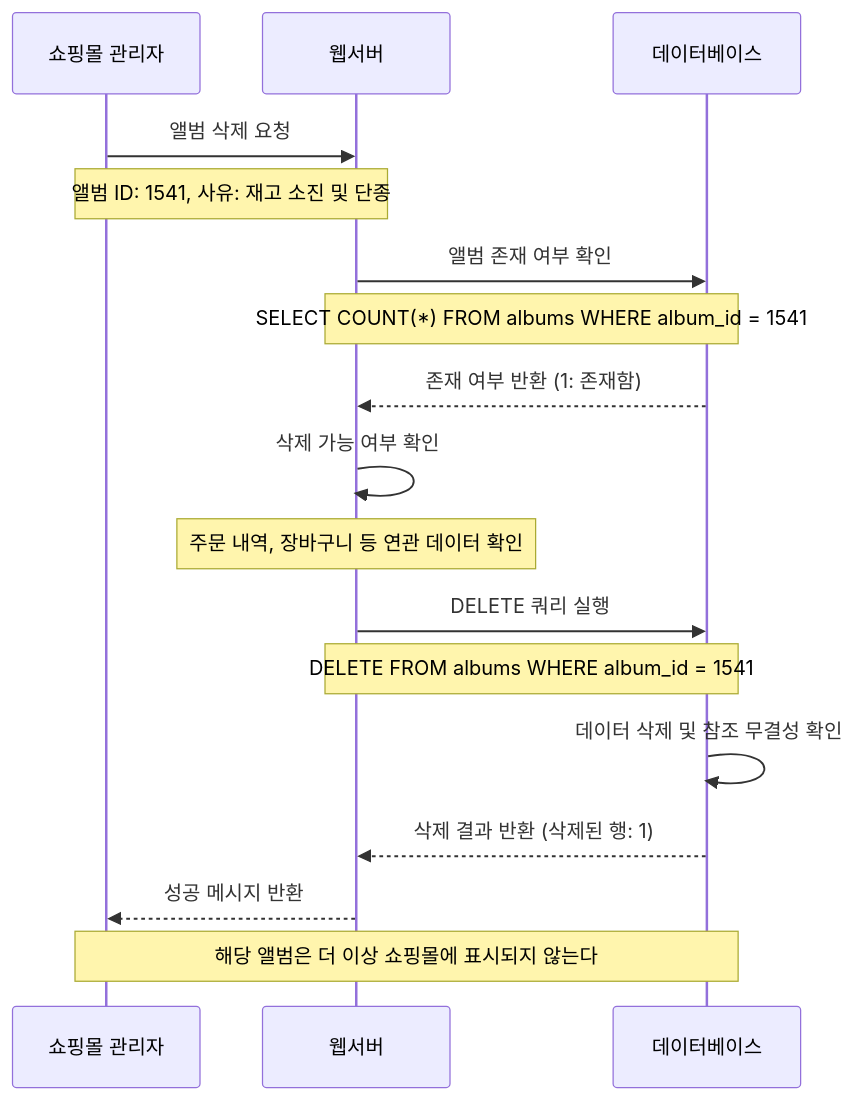
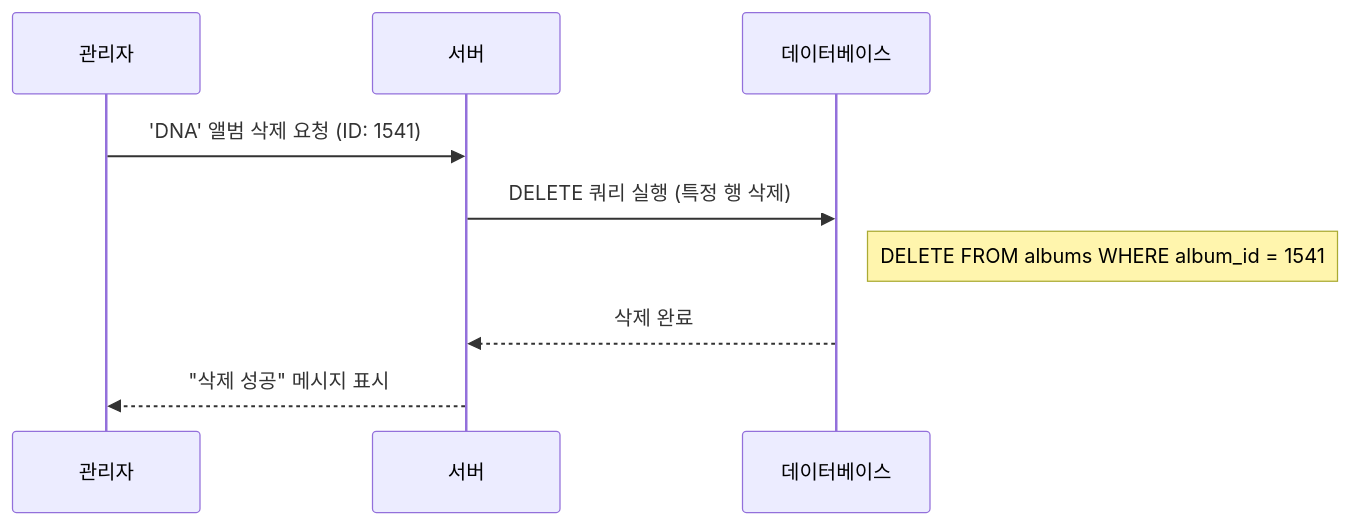
Before and after one commit to hanaoverride/data-scientist-cookbook-for-korean: the fourth of 5 diagrams in Chapter I. 기반지식 학습/1. 기초 CS 이론/1. IT 리터러시/3. 데이터베이스와 REST API.md, drawn with Mermaid. The commit also changed other lines of this file and 132 other files, not shown here.

````diff
--- a/Chapter I. 기반지식 학습/1. 기초 CS 이론/1. IT 리터러시/3. 데이터베이스와 REST API.md
+++ b/Chapter I. 기반지식 학습/1. 기초 CS 이론/1. IT 리터러시/3. 데이터베이스와 REST API.md
@@ -208,27 +106,12 @@
 ```mermaid
 sequenceDiagram
-    participant A as 쇼핑몰 관리자
-    participant S as 웹서버
+    participant Admin as 관리자
+    participant Server as 서버
     participant DB as 데이터베이스
     
-    A->>S: 앨범 삭제 요청
-    Note over A,S: 앨범 ID: 1541, 사유: 재고 소진 및 단종
-    
-    S->>DB: 앨범 존재 여부 확인
-    Note over S,DB: SELECT COUNT(*) FROM albums WHERE album_id = 1541
-    
-    DB-->>S: 존재 여부 반환 (1: 존재함)
-    
-    S->>S: 삭제 가능 여부 확인
-    Note over S: 주문 내역, 장바구니 등 연관 데이터 확인
-    
-    S->>DB: DELETE 쿼리 실행
-    Note over S,DB: DELETE FROM albums WHERE album_id = 1541
-    
-    DB->>DB: 데이터 삭제 및 참조 무결성 확인
-    
-    DB-->>S: 삭제 결과 반환 (삭제된 행: 1)
-    S-->>A: 성공 메시지 반환
-    
-    Note over A,DB: 해당 앨범은 더 이상 쇼핑몰에 표시되지 않는다
+    Admin->>Server: 'DNA' 앨범 삭제 요청 (ID: 1541)
+    Server->>DB: DELETE 쿼리 실행 (특정 행 삭제)
+    Note right of DB: DELETE FROM albums WHERE album_id = 1541;
+    DB-->>Server: 삭제 완료
+    Server-->>Admin: "삭제 성공" 메시지 표시
 ```
````
